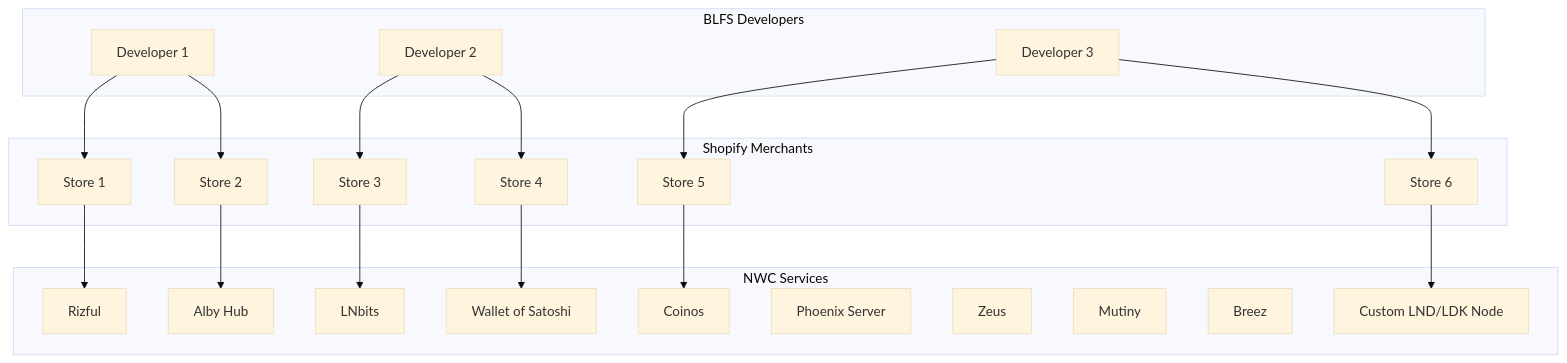
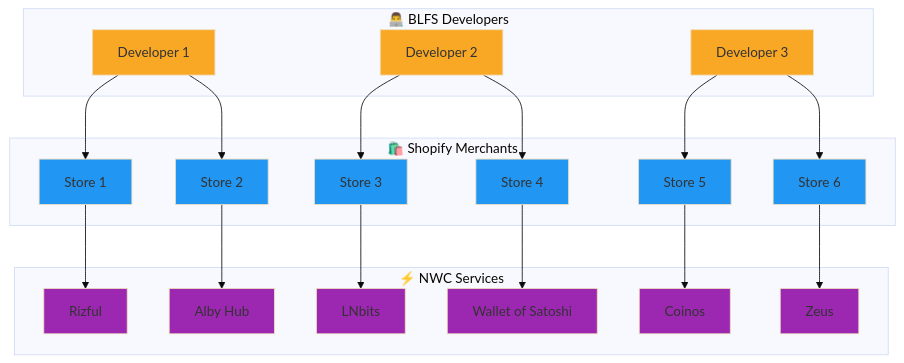
Before and after one commit to MegalithicBTC/BLFS: the third of 3 diagrams in readme.md, drawn with Mermaid (base theme). The commit also changed other lines of this file, not shown here.

````diff
--- a/readme.md
+++ b/readme.md
@@ -53,44 +67,56 @@
 ```mermaid
 graph TB
-  subgraph Devs["BLFS Developers"]
+  subgraph Devs["👨‍💻 BLFS Developers"]
     D1["Developer 1"]
     D2["Developer 2"]
     D3["Developer 3"]
   end
 
-  subgraph Merchants["Shopify Merchants"]
+  subgraph Merchants["🛍️ Shopify Merchants"]
     M1["Store 1"]
     M2["Store 2"]
     M3["Store 3"]
     M4["Store 4"]
     M5["Store 5"]
     M6["Store 6"]
   end
 
-  subgraph NWC["NWC Services"]
+  subgraph NWC["⚡ NWC Services"]
     N1["Rizful"]
     N2["Alby Hub"]
     N3["LNbits"]
     N4["Coinos"]
     N5["Wallet of Satoshi"]
-    N6["Phoenix Server"]
-    N7["Zeus"]
-    N8["Mutiny"]
-    N9["Breez"]
-    N10["Custom LND/LDK Node"]
+    N6["Zeus"]
   end
 
   D1 --> M1
   D1 --> M2
   D2 --> M3
   D2 --> M4
   D3 --> M5
   D3 --> M6
 
   M1 --> N1
   M2 --> N2
   M3 --> N3
   M4 --> N5
   M5 --> N4
-  M6 --> N10
+  M6 --> N6
+  
+  style D1 fill:#f9a825
+  style D2 fill:#f9a825
+  style D3 fill:#f9a825
+  style M1 fill:#2196f3
+  style M2 fill:#2196f3
+  style M3 fill:#2196f3
+  style M4 fill:#2196f3
+  style M5 fill:#2196f3
+  style M6 fill:#2196f3
+  style N1 fill:#9c27b0
+  style N2 fill:#9c27b0
+  style N3 fill:#9c27b0
+  style N4 fill:#9c27b0
+  style N5 fill:#9c27b0
+  style N6 fill:#9c27b0
 ```
````
